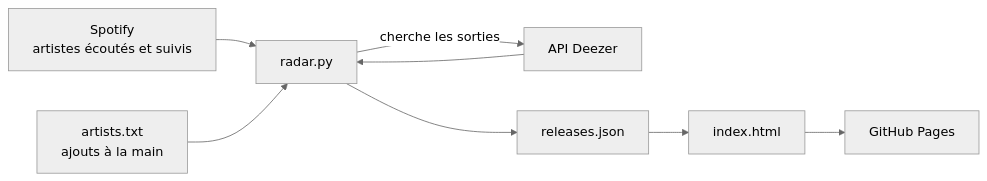
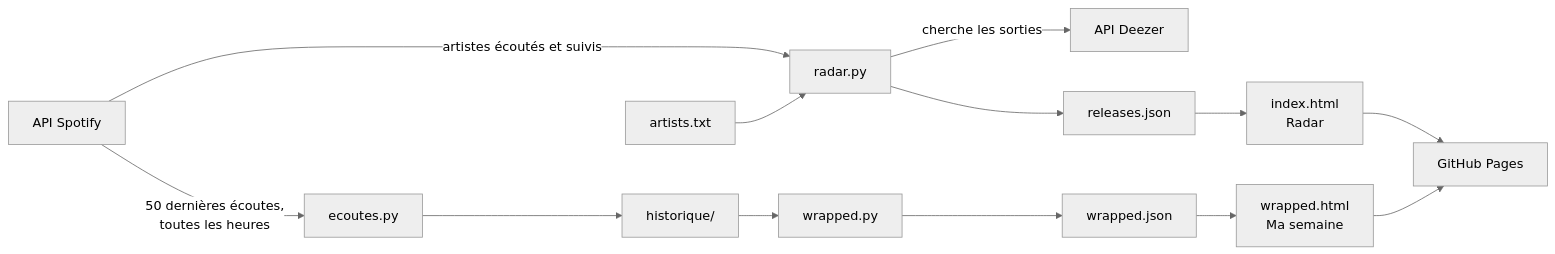
One commit to AntoineLongour/radar-musique changed the diagram in README.md. Above: the diagram before and after it, drawn with Mermaid (neutral theme). The commit also changed other lines of this file, not shown here.

````diff
--- a/README.md
+++ b/README.md
@@ -19,10 +29,15 @@
 ```mermaid
 flowchart LR
-    A["Spotify<br>artistes écoutés et suivis"] --> C["radar.py"]
-    B["artists.txt<br>ajouts à la main"] --> C
-    C -- "cherche les sorties" --> D["API Deezer"]
-    D --> C
-    C --> E["releases.json"]
-    E --> F["index.html"]
-    F --> G["GitHub Pages"]
+    S["API Spotify"] -- "artistes écoutés et suivis" --> R["radar.py"]
+    A["artists.txt"] --> R
+    R -- "cherche les sorties" --> D["API Deezer"]
+    R --> RJ["releases.json"]
+    S -- "50 dernières écoutes,<br>toutes les heures" --> E["ecoutes.py"]
+    E --> H["historique/"]
+    H --> W["wrapped.py"]
+    W --> WJ["wrapped.json"]
+    RJ --> I["index.html<br>Radar"]
+    WJ --> M["wrapped.html<br>Ma semaine"]
+    I --> G["GitHub Pages"]
+    M --> G
 ```
````
